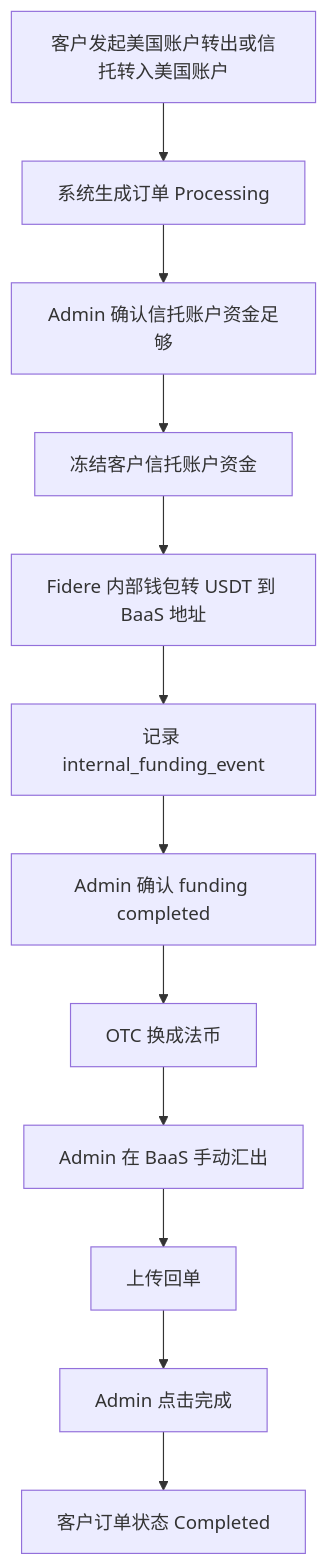
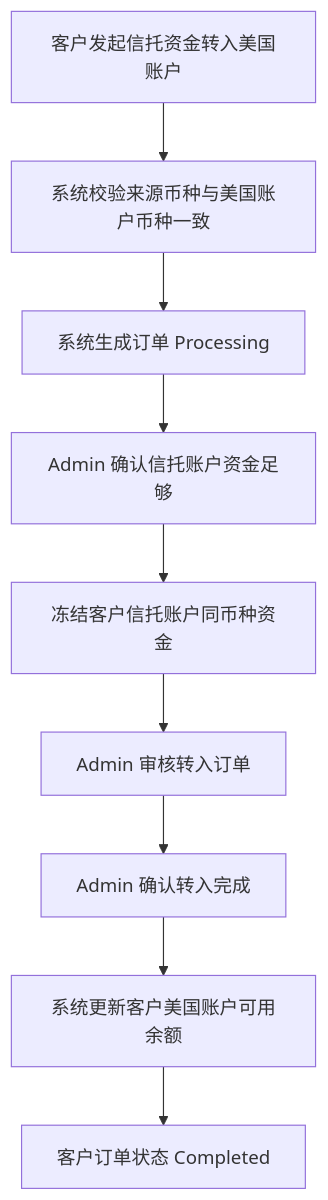
One commit to wanyaqi416-source/prd-baas changed the fourth of 5 diagrams in docs/baas-interlace-us-account-prd.md. Above: the diagram before and after it, drawn with Mermaid. The commit also changed other lines of this file and 11 other files, not shown here.

Commit message:
开户流程原型图

````diff
--- a/docs/baas-interlace-us-account-prd.md
+++ b/docs/baas-interlace-us-account-prd.md
@@ -309,14 +309,11 @@
 ```mermaid
 flowchart TD
-  start[客户发起美国账户转出或信托转入美国账户] --> processing[系统生成订单 Processing]
+  start[客户发起信托资金转入美国账户] --> currencyCheck[系统校验来源币种与美国账户币种一致]
+  currencyCheck --> processing[系统生成订单 Processing]
   processing --> checkTrust[Admin 确认信托账户资金足够]
-  checkTrust --> freezeTrust[冻结客户信托账户资金]
-  freezeTrust --> funding[Fidere 内部钱包转 USDT 到 BaaS 地址]
-  funding --> event[记录 internal_funding_event]
-  event --> confirmFunding[Admin 确认 funding completed]
-  confirmFunding --> otc[OTC 换成法币]
-  otc --> baasPayout[Admin 在 BaaS 手动汇出]
-  baasPayout --> receipt[上传回单]
-  receipt --> complete[Admin 点击完成]
-  complete --> clientDone[客户订单状态 Completed]
+  checkTrust --> freezeTrust[冻结客户信托账户同币种资金]
+  freezeTrust --> review[Admin 审核转入订单]
+  review --> complete[Admin 确认转入完成]
+  complete --> ledger[系统更新客户美国账户可用余额]
+  ledger --> clientDone[客户订单状态 Completed]
 ```
````
